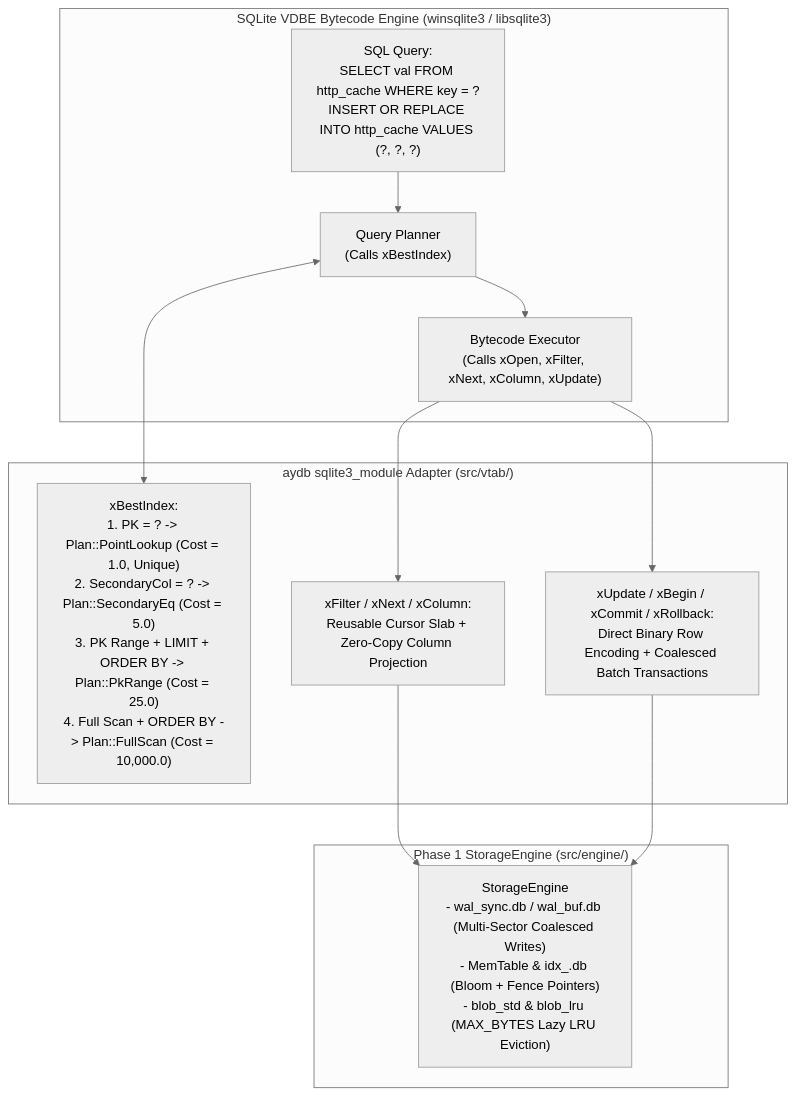
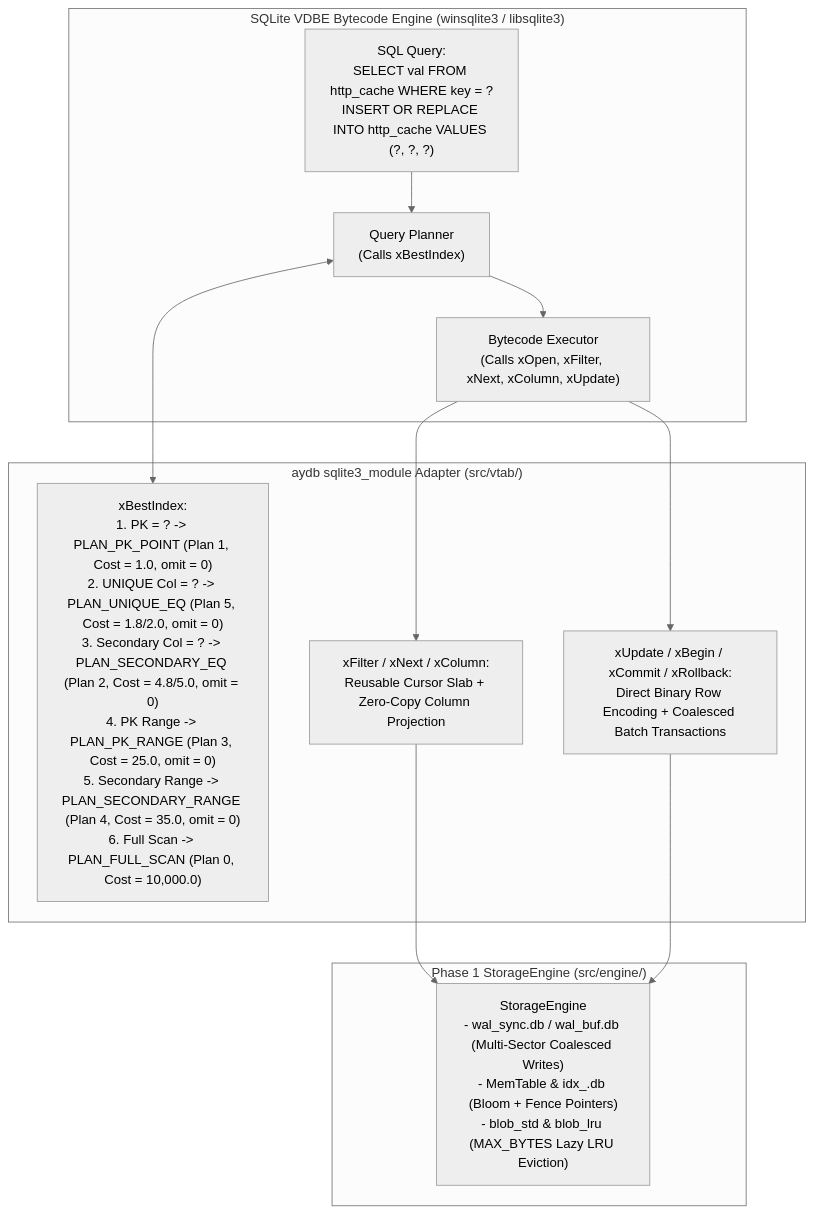
Before and after one commit to toyoshim-i/aydb: the diagram in docs/phase2/00_OVERVIEW.md, drawn with Mermaid (neutral theme). The commit also changed 13 other files, not shown here.

````diff
--- a/docs/phase2/00_OVERVIEW.md
+++ b/docs/phase2/00_OVERVIEW.md
@@ -26,23 +26,23 @@
 ```mermaid
 flowchart TB
     subgraph SQLite["SQLite VDBE Bytecode Engine (winsqlite3 / libsqlite3)"]
         SQL["SQL Query:<br/>SELECT val FROM http_cache WHERE key = ?<br/>INSERT OR REPLACE INTO http_cache VALUES (?, ?, ?)"]
         Planner["Query Planner<br/>(Calls xBestIndex)"]
         VDBE["Bytecode Executor<br/>(Calls xOpen, xFilter, xNext, xColumn, xUpdate)"]
         SQL --> Planner --> VDBE
     end
 
     subgraph Adapter["aydb sqlite3_module Adapter (src/vtab/)"]
-        BestIdx["xBestIndex:<br/>1. PK = ? -> Plan::PointLookup (Cost = 1.0, Unique)<br/>2. SecondaryCol = ? -> Plan::SecondaryEq (Cost = 5.0)<br/>3. PK Range + LIMIT + ORDER BY -> Plan::PkRange (Cost = 25.0)<br/>4. Full Scan + ORDER BY -> Plan::FullScan (Cost = 10,000.0)"]
+        BestIdx["xBestIndex:<br/>1. PK = ? -> PLAN_PK_POINT (Plan 1, Cost = 1.0, omit = 0)<br/>2. UNIQUE Col = ? -> PLAN_UNIQUE_EQ (Plan 5, Cost = 1.8/2.0, omit = 0)<br/>3. Secondary Col = ? -> PLAN_SECONDARY_EQ (Plan 2, Cost = 4.8/5.0, omit = 0)<br/>4. PK Range -> PLAN_PK_RANGE (Plan 3, Cost = 25.0, omit = 0)<br/>5. Secondary Range -> PLAN_SECONDARY_RANGE (Plan 4, Cost = 35.0, omit = 0)<br/>6. Full Scan -> PLAN_FULL_SCAN (Plan 0, Cost = 10,000.0)"]
         Filter["xFilter / xNext / xColumn:<br/>Reusable Cursor Slab + Zero-Copy Column Projection"]
         Update["xUpdate / xBegin / xCommit / xRollback:<br/>Direct Binary Row Encoding + Coalesced Batch Transactions"]
     end
 
     subgraph Engine["Phase 1 StorageEngine (src/engine/)"]
         SE["StorageEngine<OsFs><br/>- wal_sync.db / wal_buf.db (Multi-Sector Coalesced Writes)<br/>- MemTable & idx_<SeqID>.db (Bloom + Fence Pointers)<br/>- blob_std & blob_lru (MAX_BYTES Lazy LRU Eviction)"]
     end
 
     Planner <--> BestIdx
     VDBE --> Filter --> SE
     VDBE --> Update --> SE
 ```
````
